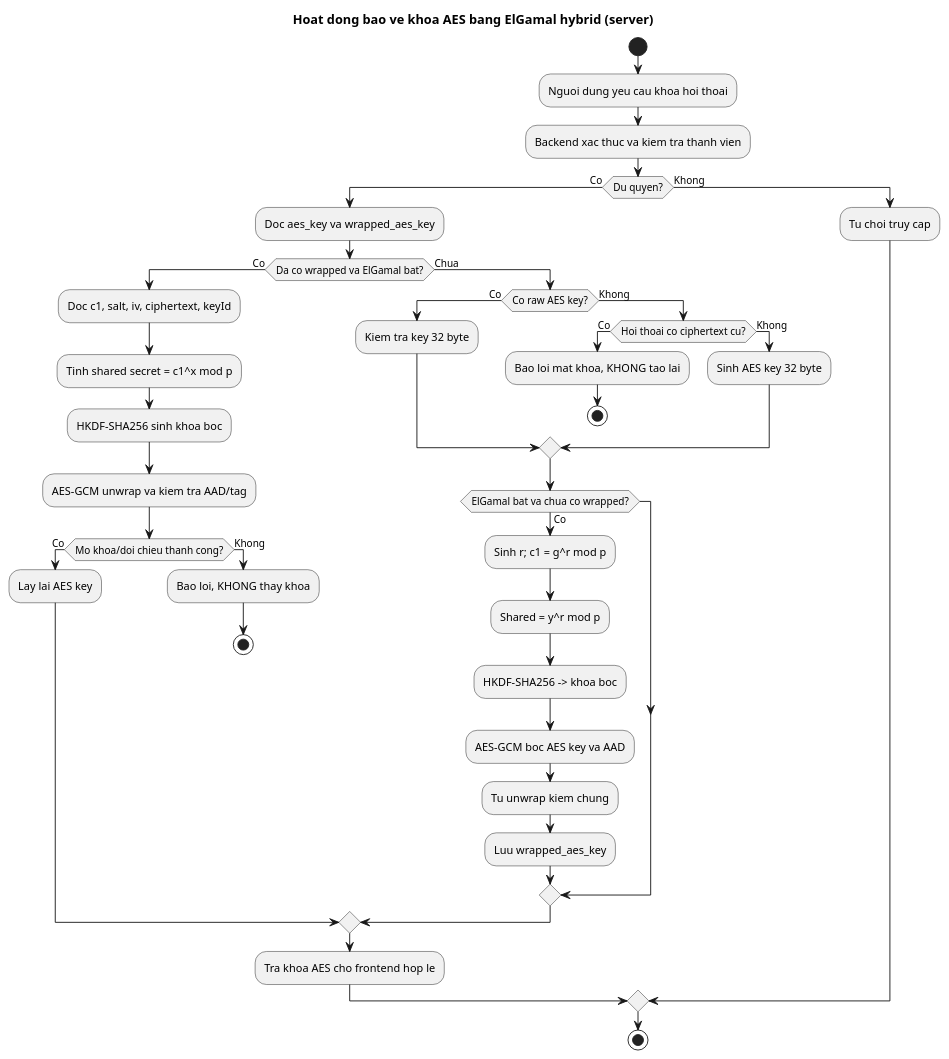
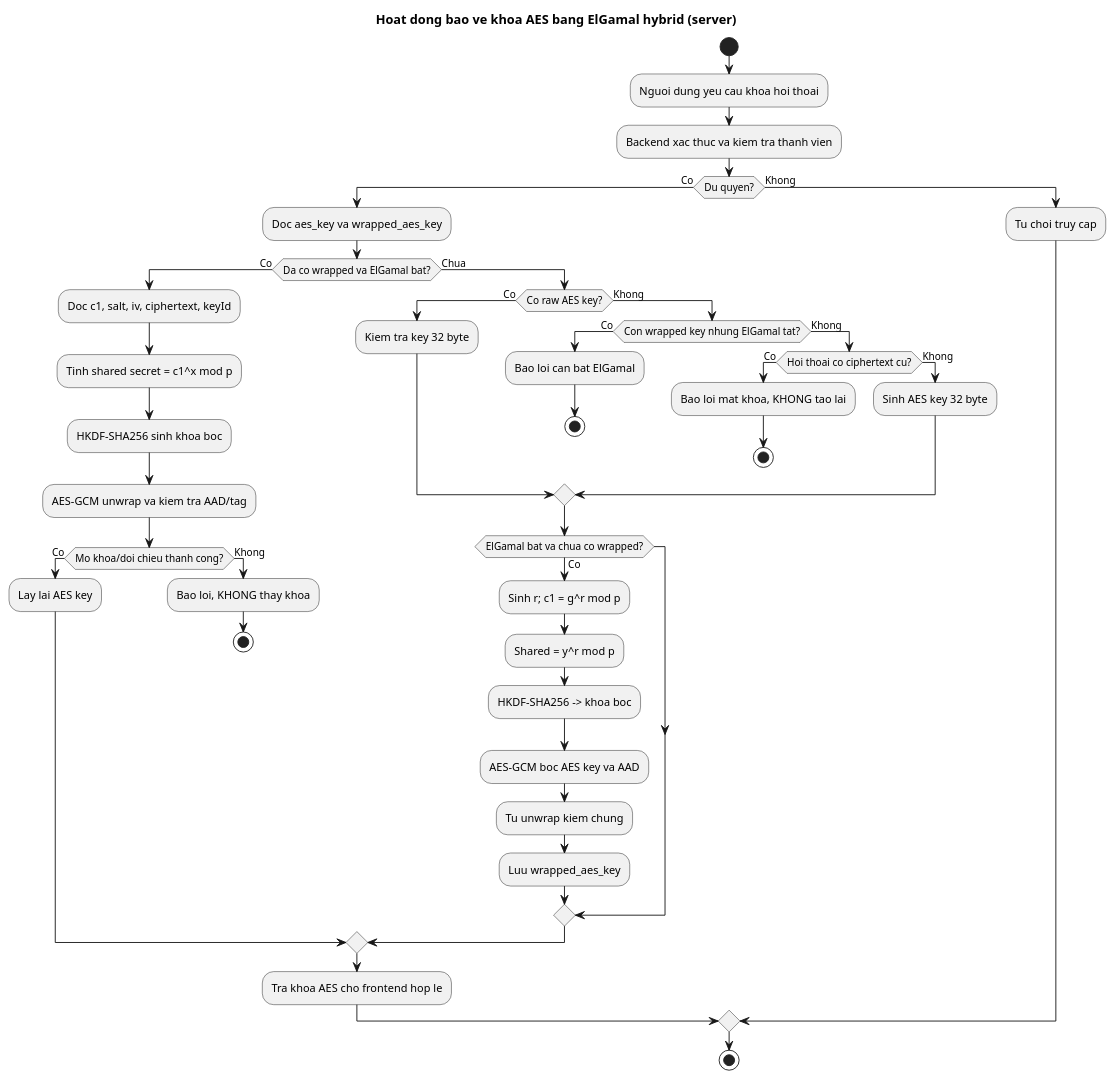
The diagram in docs/bao-cao/uml/02_ElGamal_Key_Activity.puml (ngminh1/chat-app), drawn with PlantUML before and after one commit.

Commit message:
docs: clarify disabled ElGamal wrapped-key failure path in UML

```diff
--- a/docs/bao-cao/uml/02_ElGamal_Key_Activity.puml
+++ b/docs/bao-cao/uml/02_ElGamal_Key_Activity.puml
@@ -1,44 +1,49 @@
 @startuml
 title Hoat dong bao ve khoa AES bang ElGamal hybrid (server)
 start
 :Nguoi dung yeu cau khoa hoi thoai;
 :Backend xac thuc va kiem tra thanh vien;
 if (Du quyen?) then (Co)
   :Doc aes_key va wrapped_aes_key;
   if (Da co wrapped va ElGamal bat?) then (Co)
     :Doc c1, salt, iv, ciphertext, keyId;
     :Tinh shared secret = c1^x mod p;
     :HKDF-SHA256 sinh khoa boc;
     :AES-GCM unwrap va kiem tra AAD/tag;
     if (Mo khoa/doi chieu thanh cong?) then (Co)
       :Lay lai AES key;
     else (Khong)
       :Bao loi, KHONG thay khoa;
       stop
     endif
   else (Chua)
     if (Co raw AES key?) then (Co)
       :Kiem tra key 32 byte;
     else (Khong)
-      if (Hoi thoai co ciphertext cu?) then (Co)
-        :Bao loi mat khoa, KHONG tao lai;
+      if (Con wrapped key nhung ElGamal tat?) then (Co)
+        :Bao loi can bat ElGamal;
         stop
       else (Khong)
-        :Sinh AES key 32 byte;
+        if (Hoi thoai co ciphertext cu?) then (Co)
+          :Bao loi mat khoa, KHONG tao lai;
+          stop
+        else (Khong)
+          :Sinh AES key 32 byte;
+        endif
       endif
     endif
     if (ElGamal bat va chua co wrapped?) then (Co)
       :Sinh r; c1 = g^r mod p;
       :Shared = y^r mod p;
       :HKDF-SHA256 -> khoa boc;
       :AES-GCM boc AES key va AAD;
       :Tu unwrap kiem chung;
       :Luu wrapped_aes_key;
     endif
   endif
   :Tra khoa AES cho frontend hop le;
 else (Khong)
   :Tu choi truy cap;
 endif
 stop
 @enduml
```
